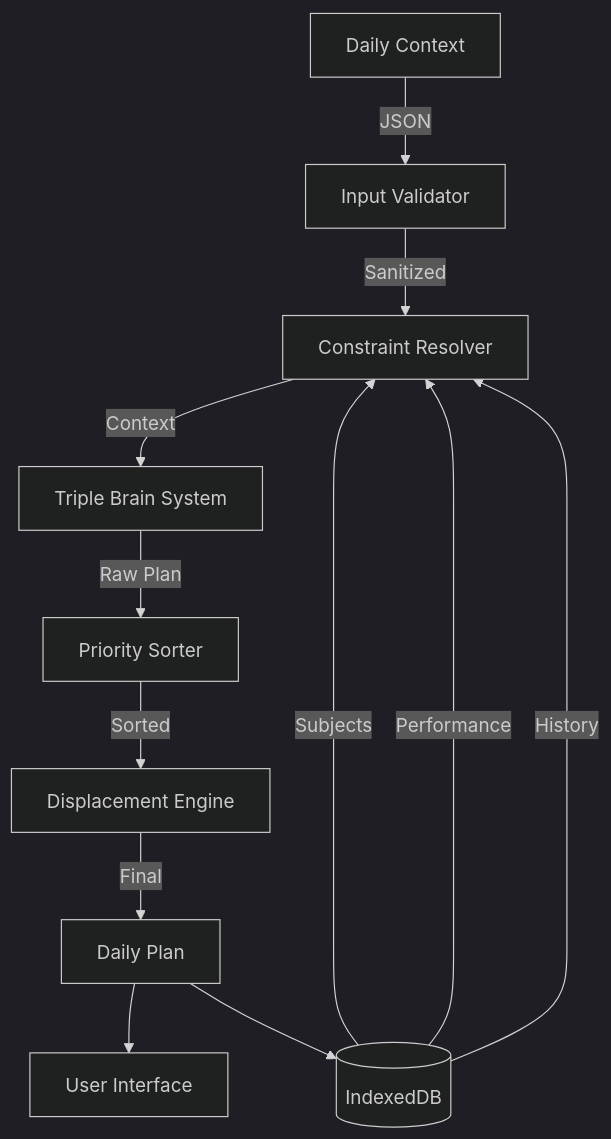
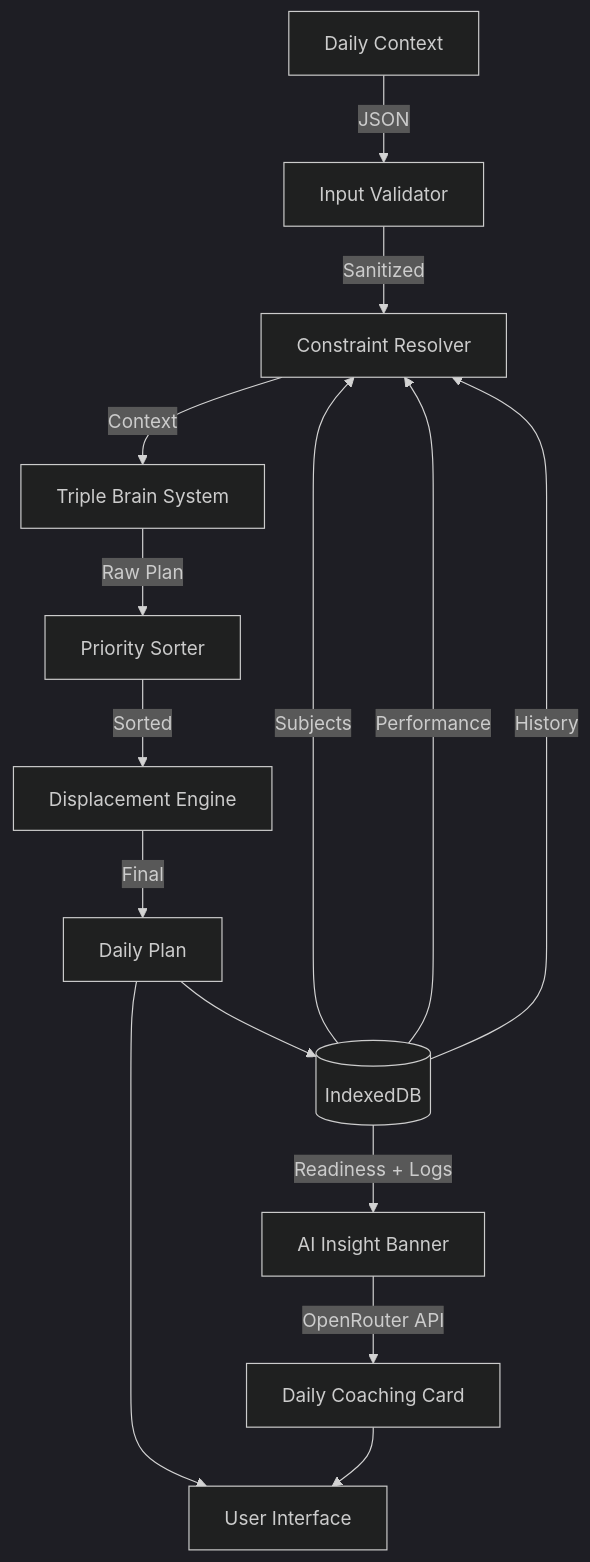
The diagram in BRAIN.md (santoshcheethiralame-dot/ORBIT), drawn with Mermaid (dark theme) before and after one commit. The commit also changed other lines of this file and 15 other files, not shown here.

Commit message:
feat: Introduce AI Insight Banner and Schedule Optimizer, and upgrade database schema to v11.

````diff
--- a/BRAIN.md
+++ b/BRAIN.md
@@ -47,17 +50,21 @@
 ```mermaid
 graph TD
     Input[Daily Context] -->|JSON| Validator[Input Validator]
     Validator -->|Sanitized| Resolver[Constraint Resolver]
     
     DB[(IndexedDB)] -->|Subjects| Resolver
     DB -->|Performance| Resolver
     DB -->|History| Resolver
     
     Resolver -->|Context| Brain[Triple Brain System]
     Brain -->|Raw Plan| Sorter[Priority Sorter]
     Sorter -->|Sorted| Displacement[Displacement Engine]
     Displacement -->|Final| Output[Daily Plan]
     
     Output --> UI[User Interface]
     Output --> DB
+
+    DB -->|Readiness + Logs| Insight[AI Insight Banner]
+    Insight -->|OpenRouter API| Coach[Daily Coaching Card]
+    Coach --> UI
 ```
````
